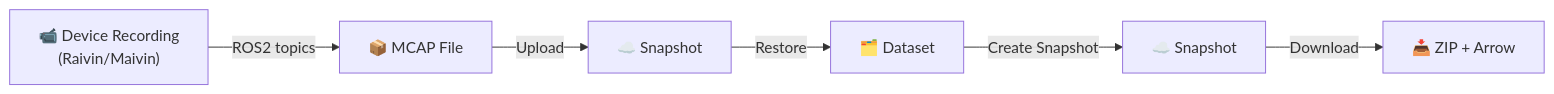
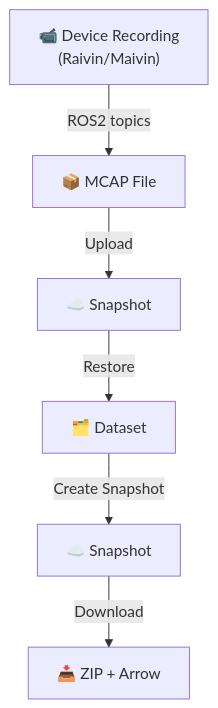
One commit to EdgeFirstAI/documentation changed the first of 3 diagrams in docs/datasets/format/sensors.md. Above: the diagram before and after it, drawn with Mermaid. The commit also changed 3 other files, not shown here.

Commit message:
DE-2271: Unreadable LR flowcharts are converted to TD. Fix to the box3d should follow the same order as x, y, z being length, width, height. Fixes to the links towards manual and automatic annotations as there are pages associated to these.

````diff
--- a/docs/datasets/format/sensors.md
+++ b/docs/datasets/format/sensors.md
@@ -9,8 +9,8 @@
 ```mermaid
-flowchart LR
+flowchart TD
     A["📹 Device Recording<br>(Raivin/Maivin)"] -->|"ROS2 topics"| B["📦 MCAP File"]
     B -->|"Upload"| C["☁️ Snapshot"]
     C -->|"Restore"| D["🗂️ Dataset"]
     D -->|"Create Snapshot"| E["☁️ Snapshot"]
     E -->|"Download"| F["📥 ZIP + Arrow"]
 ```
````
